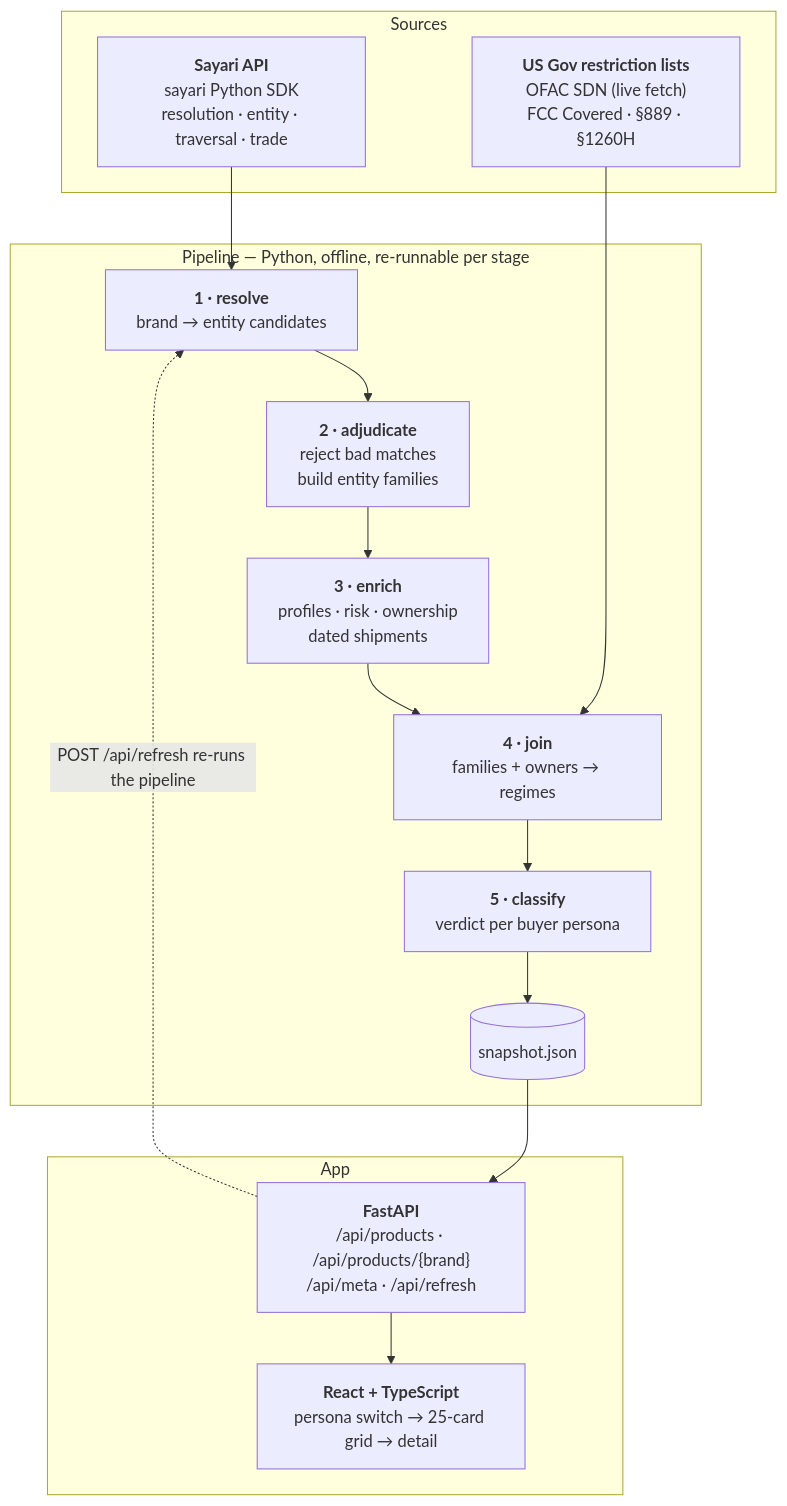
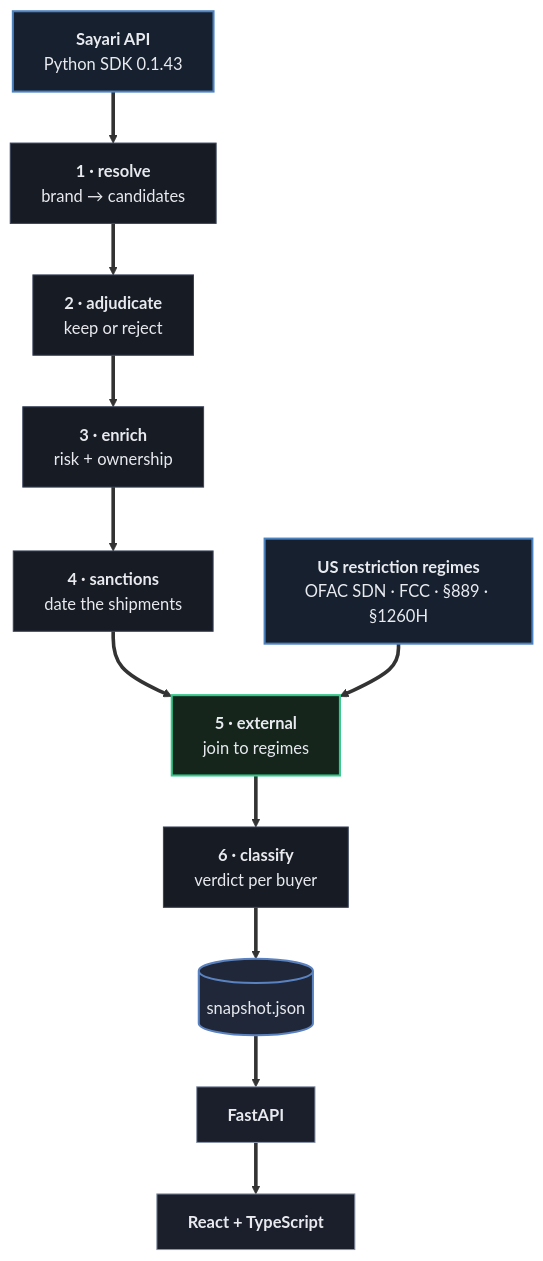
Before and after one commit to matt2yu/sayari-demo: the diagram in README.md, drawn with Mermaid. The commit also changed other lines of this file and 21 other files, not shown here.

````diff
--- a/README.md
+++ b/README.md
@@ -49,27 +61,30 @@
 ```mermaid
 flowchart TB
-    subgraph src["Sources"]
-        SAY["<b>Sayari API</b><br/>sayari Python SDK<br/>resolution · entity · traversal · trade"]
-        GOV["<b>US Gov restriction lists</b><br/>OFAC SDN (live fetch)<br/>FCC Covered · §889 · §1260H"]
-    end
+    SAY["<b>Sayari API</b><br/>Python SDK 0.1.43"]
+    GOV["<b>US restriction regimes</b><br/>OFAC SDN · FCC · §889 · §1260H"]
 
-    subgraph pipe["Pipeline — Python, offline, re-runnable per stage"]
-        P1["<b>1 · resolve</b><br/>brand → entity candidates"]
-        P2["<b>2 · adjudicate</b><br/>reject bad matches<br/>build entity families"]
-        P3["<b>3 · enrich</b><br/>profiles · risk · ownership<br/>dated shipments"]
-        P4["<b>4 · join</b><br/>families + owners → regimes"]
-        P5["<b>5 · classify</b><br/>verdict per buyer persona"]
-        SNAP[("snapshot.json")]
-    end
+    S1["<b>1 · resolve</b><br/>brand → candidates"]
+    S2["<b>2 · adjudicate</b><br/>keep or reject"]
+    S3["<b>3 · enrich</b><br/>risk + ownership"]
+    S4["<b>4 · sanctions</b><br/>date the shipments"]
+    S5["<b>5 · external</b><br/>join to regimes"]
+    S6["<b>6 · classify</b><br/>verdict per buyer"]
 
-    subgraph app["App"]
-        API["<b>FastAPI</b><br/>/api/products · /api/products/{brand}<br/>/api/meta · /api/refresh"]
-        UI["<b>React + TypeScript</b><br/>persona switch → 25-card grid → detail"]
-    end
+    SNAP[("snapshot.json")]
+    API["<b>FastAPI</b>"]
+    UI["<b>React + TypeScript</b>"]
 
-    SAY --> P1
-    P1 --> P2 --> P3 --> P4 --> P5 --> SNAP
-    GOV --> P4
-    SNAP --> API --> UI
-    API -. "POST /api/refresh re-runs the pipeline" .-> P1
+    SAY ==> S1 ==> S2 ==> S3 ==> S4 ==> S5 ==> S6 ==> SNAP ==> API ==> UI
+    GOV ==> S5
+
+    classDef src fill:#16202e,stroke:#4d82c0,stroke-width:2px,color:#e8eaef
+    classDef stage fill:#171b23,stroke:#39435a,stroke-width:1px,color:#e8eaef
+    classDef key fill:#15251c,stroke:#34c98a,stroke-width:2px,color:#e8eaef
+    classDef store fill:#1f2738,stroke:#5b82c0,stroke-width:2px,color:#e8eaef
+    classDef app fill:#1a1f2b,stroke:#8a94a8,stroke-width:1px,color:#e8eaef
+    class SAY,GOV src
+    class S1,S2,S3,S4,S6 stage
+    class S5 key
+    class SNAP store
+    class API,UI app
 ```
````
